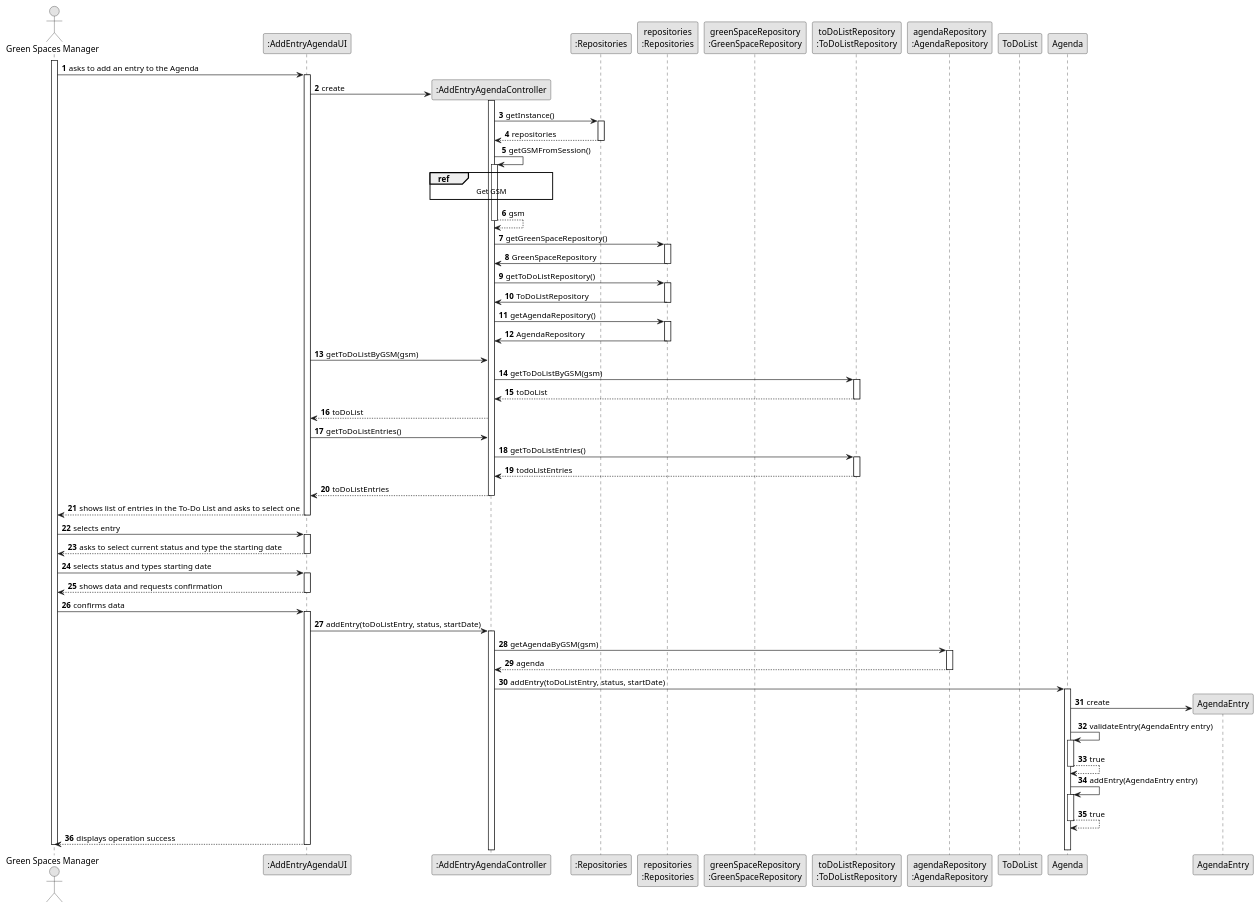
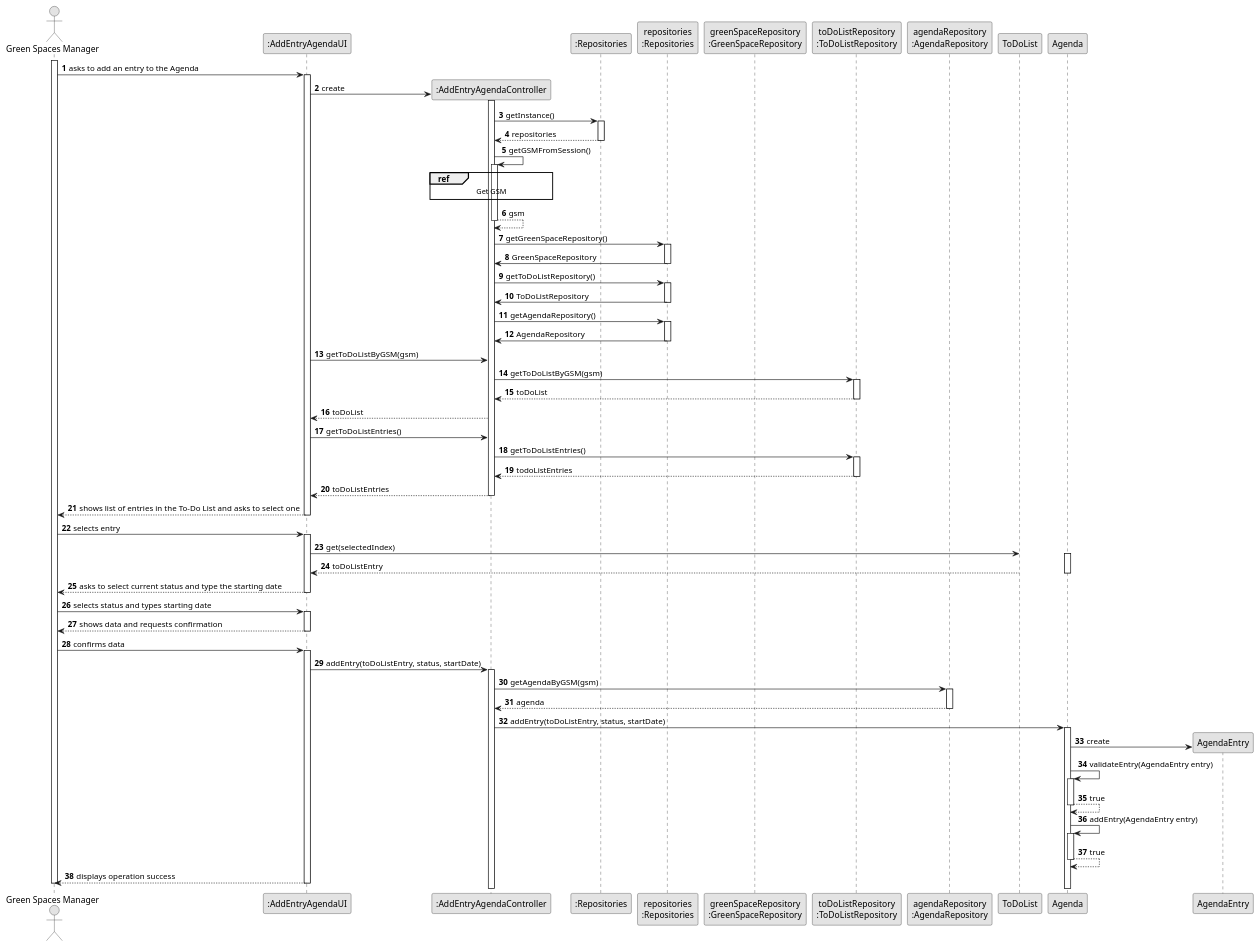
One commit to tiagosoa/lei-24-s2-1dgh-g073 changed the diagram in docs/sprint3/us022/03.design/puml/us022-sequence-diagram-full.puml. Above: the diagram before and after it, drawn with PlantUML. The commit also changed 2 other files, not shown here.

```diff
--- a/docs/sprint3/us022/03.design/puml/us022-sequence-diagram-full.puml
+++ b/docs/sprint3/us022/03.design/puml/us022-sequence-diagram-full.puml
@@ -1,142 +1,148 @@
 @startuml
 skinparam monochrome true
 skinparam packageStyle rectangle
 skinparam shadowing false
 
 autonumber
 
 'hide footbox
 actor "Green Spaces Manager" as ADM
 participant ":AddEntryAgendaUI" as UI
 participant ":AddEntryAgendaController" as CTRL
 participant ":Repositories" as RepositorySingleton
 participant "repositories\n:Repositories" as PLAT
 participant "greenSpaceRepository\n:GreenSpaceRepository" as GSR
 participant "toDoListRepository\n:ToDoListRepository" as TDR
 participant "agendaRepository\n:AgendaRepository" as AR
 participant "ToDoList" as TDL
 participant "Agenda" as AG
 participant "AgendaEntry" as ENTRADA
 
 activate ADM
 
         ADM -> UI : asks to add an entry to the Agenda
 
         activate UI
 
 '            UI --> ADM : requests data (name)
             'create CTRL
             UI -> CTRL** : create
 
             activate CTRL
 
                         CTRL -> RepositorySingleton : getInstance()
                                         activate RepositorySingleton
 
                                             RepositorySingleton --> CTRL: repositories
                                         deactivate RepositorySingleton
 
                                          CTRL -> CTRL : getGSMFromSession()
                                          activate CTRL
 
                                          ref over CTRL
                                          Get GSM
                                          end
 
                                              CTRL --> CTRL : gsm
                                          deactivate CTRL
 
                              CTRL -> PLAT : getGreenSpaceRepository()
                                      activate PLAT
 
                                  PLAT -> CTRL : GreenSpaceRepository
                                  deactivate PLAT
 
                              CTRL -> PLAT : getToDoListRepository()
                                      activate PLAT
 
                                  PLAT -> CTRL : ToDoListRepository
                                  deactivate PLAT
 
                              CTRL -> PLAT : getAgendaRepository()
                                      activate PLAT
 
                                  PLAT -> CTRL : AgendaRepository
                                  deactivate PLAT
 
                              UI -> CTRL: getToDoListByGSM(gsm)
 
                              CTRL -> TDR: getToDoListByGSM(gsm)
                                          activate TDR
 
                                          TDR --> CTRL: toDoList
                                          deactivate TDR
                              CTRL --> UI : toDoList
 
 
                              UI -> CTRL : getToDoListEntries()
                             CTRL -> TDR : getToDoListEntries()
                             activate TDR
 
                             TDR --> CTRL : todoListEntries
                             deactivate TDR
 
                             CTRL --> UI : toDoListEntries
                             deactivate CTRL
 
 
 
 
     UI --> ADM : shows list of entries in the To-Do List and asks to select one
     deactivate UI
 
     ADM -> UI : selects entry
     activate UI
 
+                                        UI -> TDL : get(selectedIndex)
+                                        activate AG
+
+                                       TDL --> UI : toDoListEntry
+                                       deactivate AG
+
     UI --> ADM : asks to select current status and type the starting date
     deactivate UI
 
         ADM -> UI : selects status and types starting date
         activate UI
         
             UI --> ADM : shows data and requests confirmation
             deactivate UI
         
             ADM -> UI : confirms data
             activate UI
 
 
         UI -> CTRL : addEntry(toDoListEntry, status, startDate)
         activate CTRL
 
 
             CTRL -> AR: getAgendaByGSM(gsm)
             activate AR
 
             AR --> CTRL: agenda
             deactivate AR
 
             CTRL -> AG: addEntry(toDoListEntry, status, startDate)
             activate AG
 
                 AG -> ENTRADA**: create
 
                 AG -> AG: validateEntry(AgendaEntry entry)
                 activate AG
 
                 AG --> AG: true
                 deactivate AG
 
                 AG -> AG: addEntry(AgendaEntry entry)
                                 activate AG
 
                                 AG --> AG: true
                                 deactivate AG
 
             UI --> ADM: displays operation success
     deactivate UI
 
 
 deactivate ADM
 
 @enduml
```
